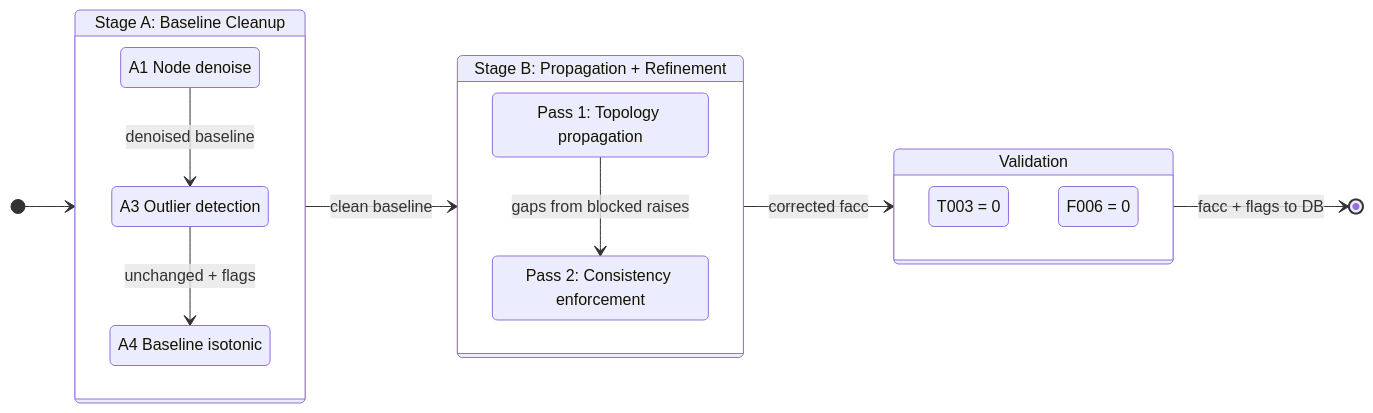
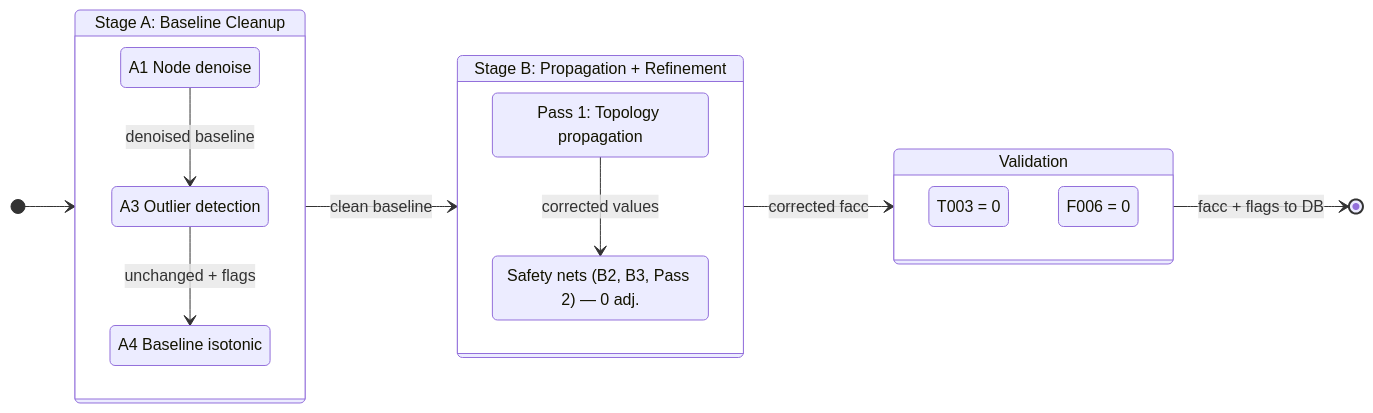
One commit to SWORD-Global/SWORD changed the diagram in docs/technical/facc_correction_methodology.md. Above: the diagram before and after it, drawn with Mermaid. The commit also changed other lines of this file, not shown here.

````diff
--- a/docs/technical/facc_correction_methodology.md
+++ b/docs/technical/facc_correction_methodology.md
@@ -79,31 +79,31 @@
 ```mermaid
 stateDiagram-v2
     direction LR
 
     [*] --> StageA
 
     state "Stage A: Baseline Cleanup" as StageA {
         state "A1 Node denoise" as A1
         state "A3 Outlier detection" as A3
         state "A4 Baseline isotonic" as A4
 
         A1 --> A3 : denoised baseline
         A3 --> A4 : unchanged + flags
     }
 
     state "Stage B: Propagation + Refinement" as StageB {
         state "Pass 1: Topology propagation" as P1
-        state "Pass 2: Consistency enforcement" as P2
+        state "Safety nets (B2, B3, Pass 2) — 0 adj." as SN
 
-        P1 --> P2 : gaps from blocked raises
+        P1 --> SN : corrected values
     }
 
     state "Validation" as Validation {
         state "T003 = 0" as T003check
         state "F006 = 0" as F006check
     }
 
     StageA --> StageB : clean baseline
     StageB --> Validation : corrected facc
     Validation --> [*] : facc + flags to DB
 ```
````
